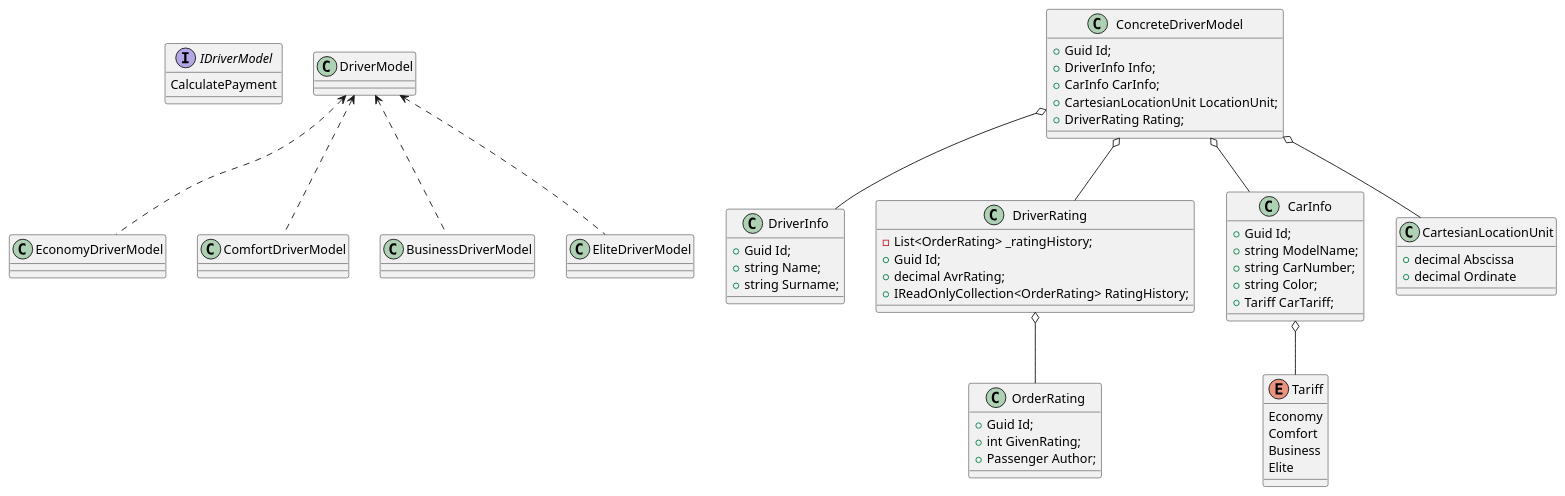
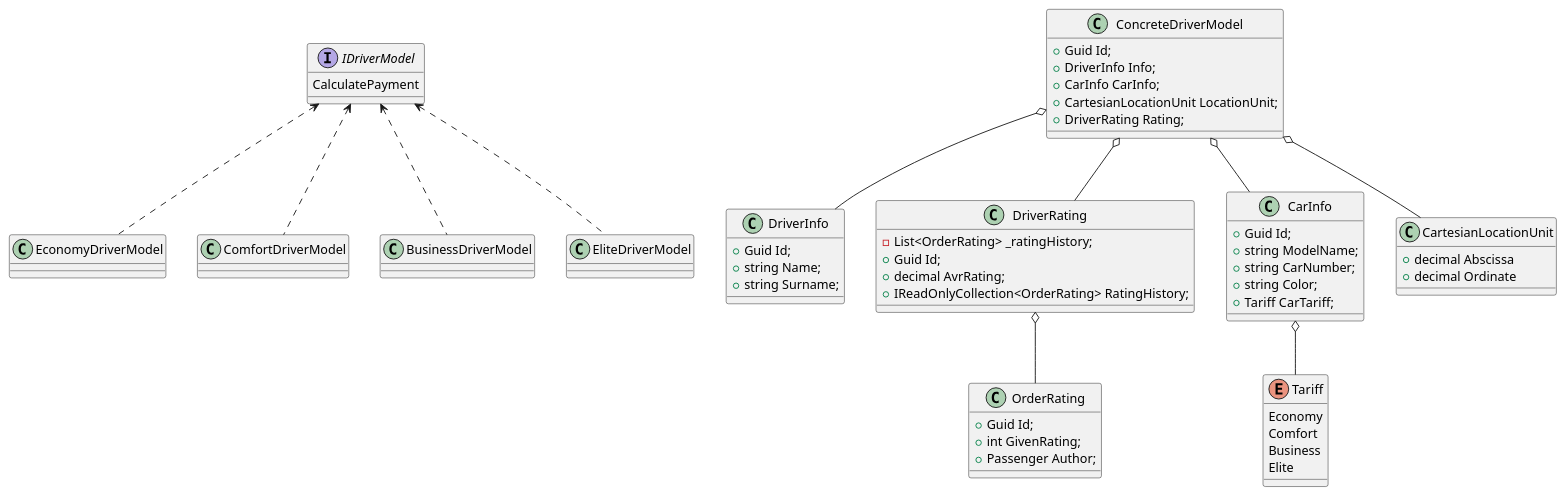
Before and after one commit to is-oop-y24/Pig-n-Go: the diagram in Docs/DriverModelScheme.puml, drawn with PlantUML.

Commit message:
docs: changed DriverModelScheme.puml interface naming

```diff
--- a/Docs/DriverModelScheme.puml
+++ b/Docs/DriverModelScheme.puml
@@ -1,82 +1,82 @@
 @startuml
 'https://plantuml.com/class-diagram
 
 interface IDriverModel
 {
     CalculatePayment
 }
 
 class EconomyDriverModel
 class ComfortDriverModel
 class BusinessDriverModel
 class EliteDriverModel
 
-DriverModel <.. EconomyDriverModel
-DriverModel <.. ComfortDriverModel
-DriverModel <.. BusinessDriverModel
-DriverModel <.. EliteDriverModel
+IDriverModel <.. EconomyDriverModel
+IDriverModel <.. ComfortDriverModel
+IDriverModel <.. BusinessDriverModel
+IDriverModel <.. EliteDriverModel
 
 class ConcreteDriverModel
 {
     +Guid Id;
     +DriverInfo Info;
     +CarInfo CarInfo;
     +CartesianLocationUnit LocationUnit;
     +DriverRating Rating;
 }
 
 class DriverInfo
 {
     +Guid Id;
     +string Name;
     +string Surname;
 }
 
 class DriverRating
 { 
     -List<OrderRating> _ratingHistory;
     +Guid Id;
     +decimal AvrRating;
     +IReadOnlyCollection<OrderRating> RatingHistory;
 }
 
 class OrderRating
 {
     +Guid Id;
     +int GivenRating;
     +Passenger Author;
 }
 
 class CarInfo
 {
     +Guid Id;
     +string ModelName;
     +string CarNumber;
     +string Color;
     +Tariff CarTariff;
 }
 
 class CartesianLocationUnit
 {
     +decimal Abscissa
     +decimal Ordinate
 }
 
 enum Tariff
 {
     Economy
     Comfort
     Business
     Elite
 }
 
 ConcreteDriverModel o-- DriverRating
 ConcreteDriverModel o-- DriverInfo
 ConcreteDriverModel o-- CarInfo
 ConcreteDriverModel o-- CartesianLocationUnit
 
 DriverRating o-- OrderRating
 
 CarInfo o-- Tariff
 
 @enduml
```
